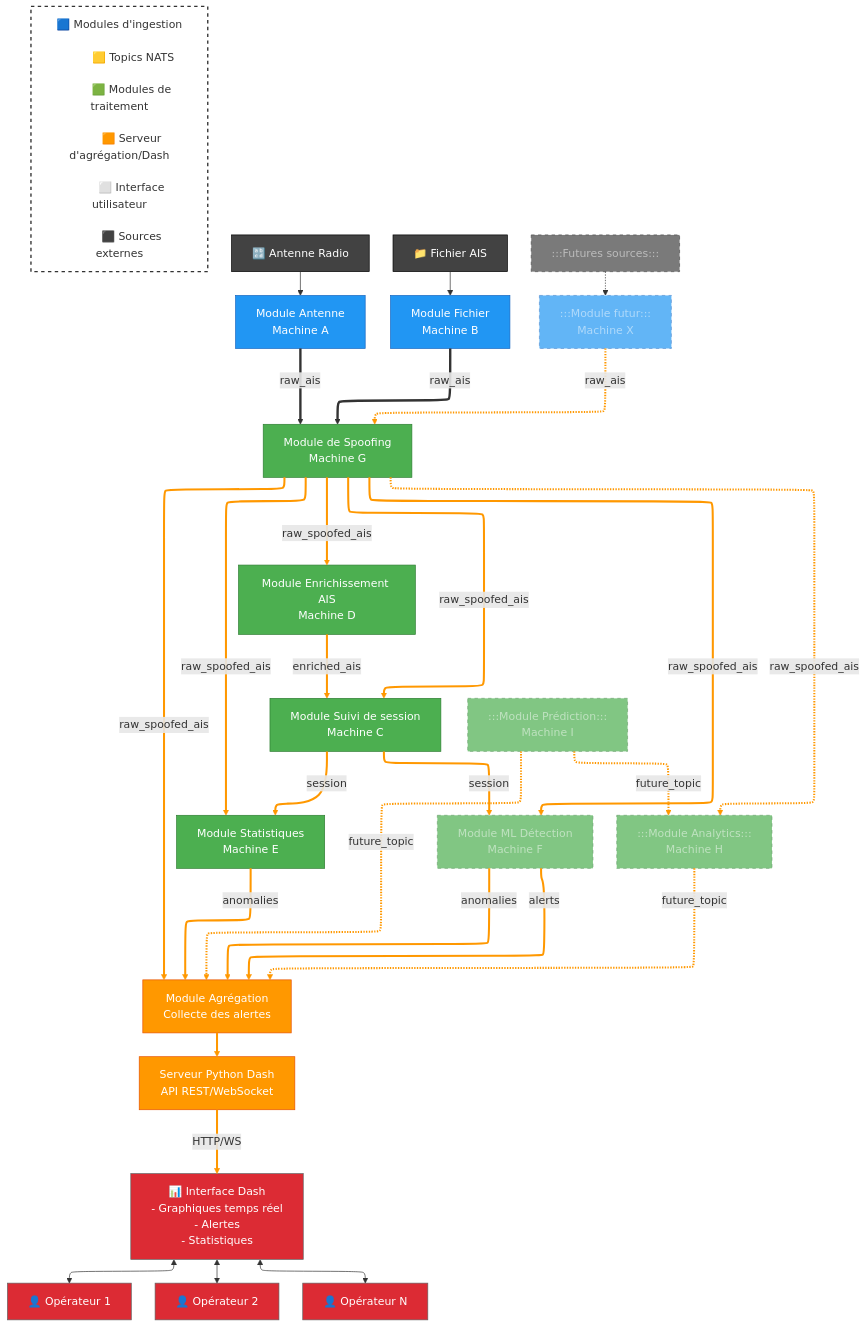
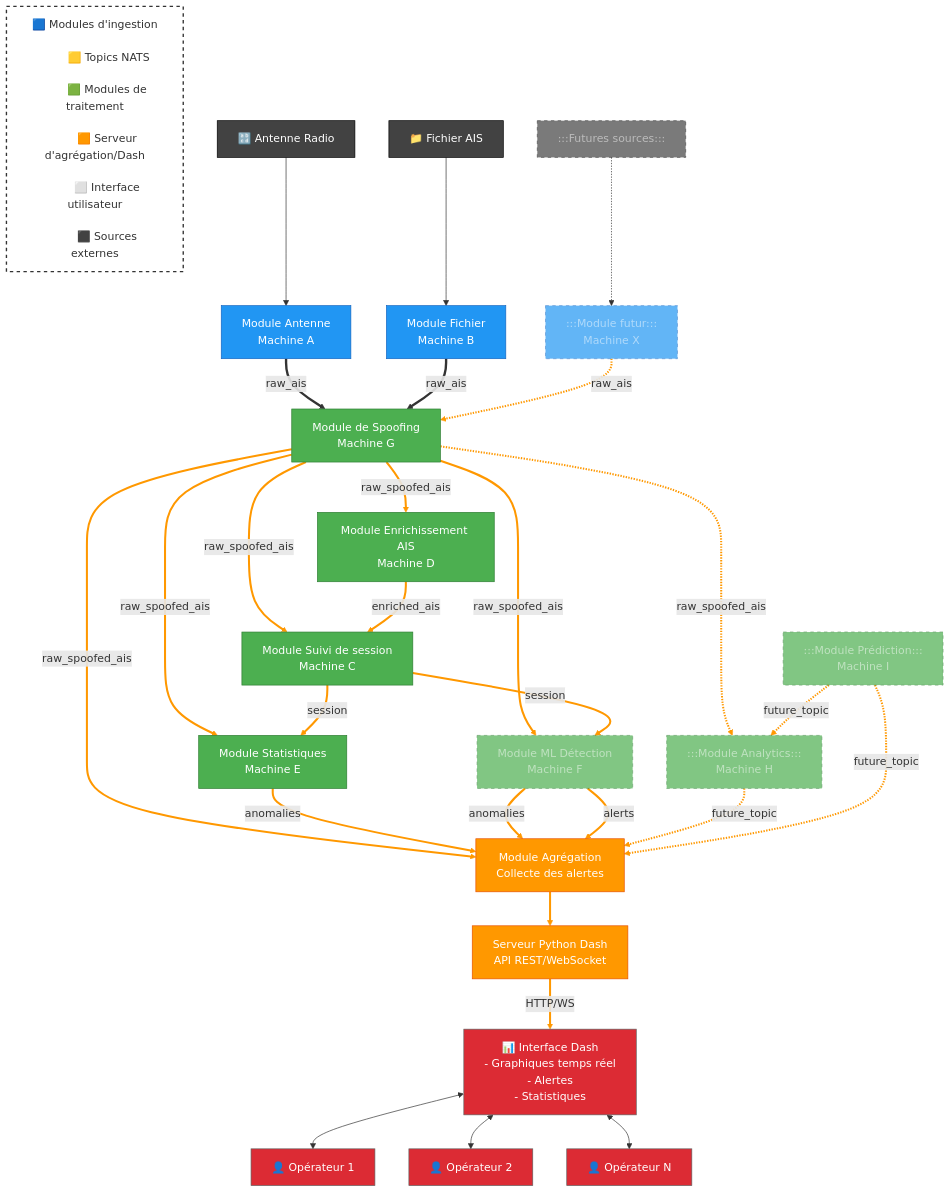
The diagram in src/archi_technique.md (bateau-ais/bateau-ais-report), drawn with Mermaid before and after one commit.

Commit message:
fix(mermaid): without elk

````diff
--- a/src/archi_technique.md
+++ b/src/archi_technique.md
@@ -3,8 +3,4 @@
 ```{.mermaid #fig:archi_technique}
----
-config:
-  layout: elk
----
 graph TB
     %% Légende
     LEGEND[
````
